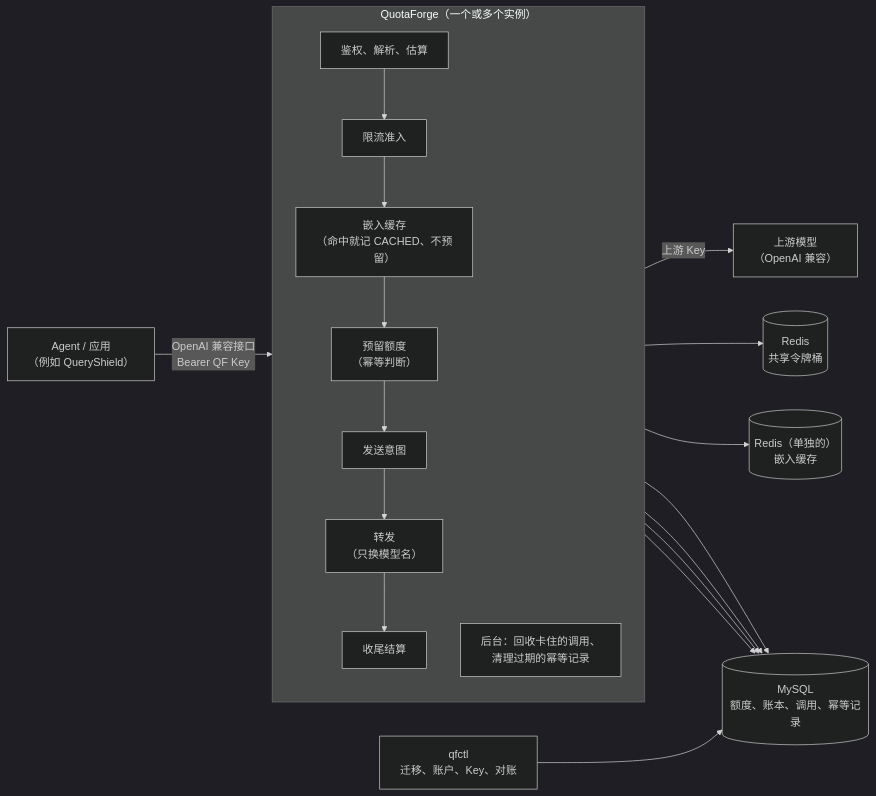
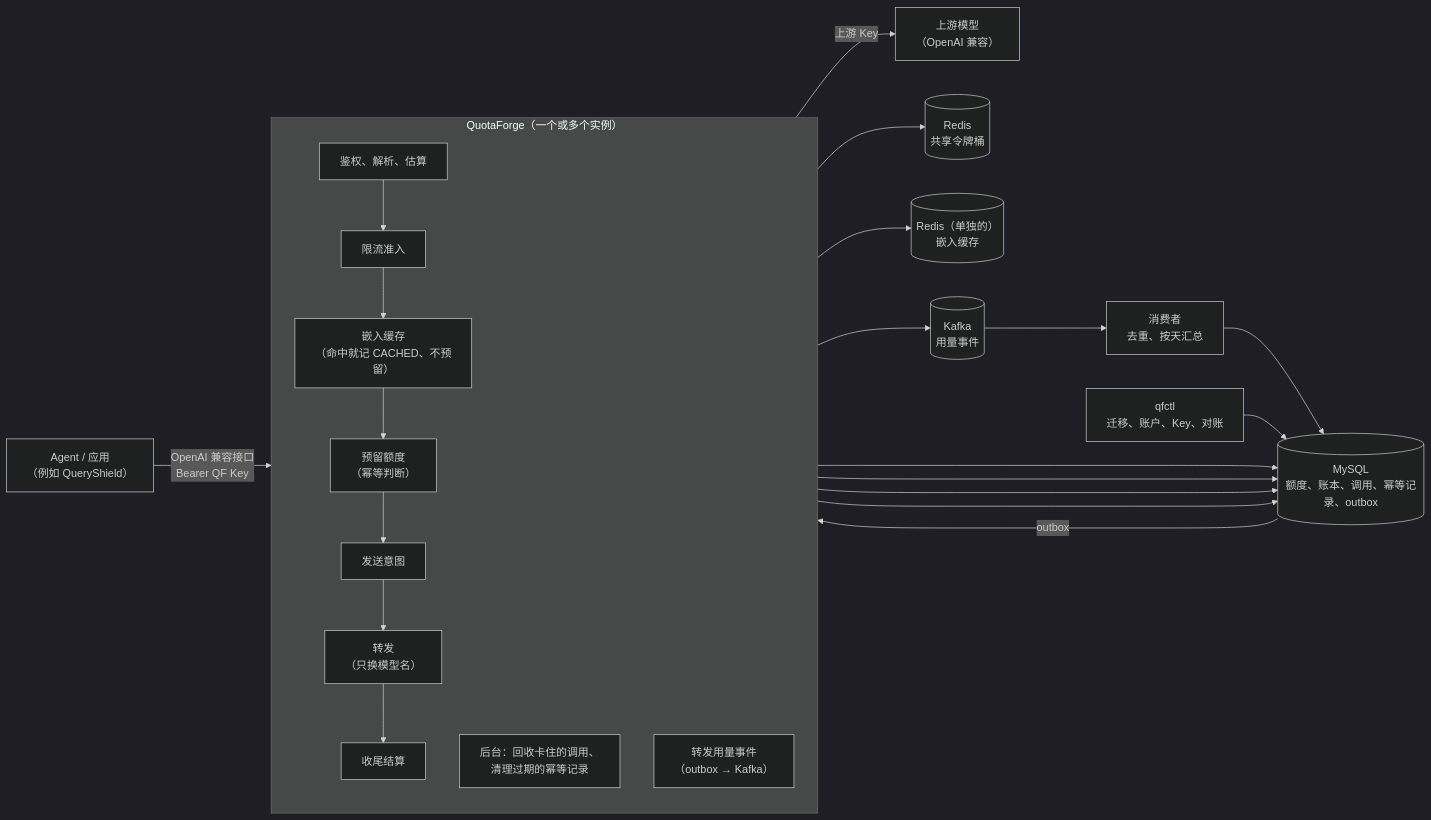
Before and after one commit to Jonsonwu0823-coding/quotaforge: the diagram in README.md, drawn with Mermaid (dark theme). The commit also changed other lines of this file and 270 other files, not shown here.

````diff
--- a/README.md
+++ b/README.md
@@ -13,18 +14,20 @@
 ```mermaid
 flowchart LR
     client["Agent / 应用<br/>（例如 QueryShield）"]
     subgraph qf["QuotaForge（一个或多个实例）"]
         direction TB
         check["鉴权、解析、估算"] --> admit["限流准入"] --> cache["嵌入缓存<br/>（命中就记 CACHED、不预留）"] --> reserve["预留额度<br/>（幂等判断）"] --> intent["发送意图"] --> forward["转发<br/>（只换模型名）"] --> settle["收尾结算"]
         bg["后台：回收卡住的调用、<br/>清理过期的幂等记录"]
+        fwd["转发用量事件<br/>（outbox → Kafka）"]
     end
     client -- "OpenAI 兼容接口<br/>Bearer QF Key" --> check
     forward -- "上游 Key" --> upstream["上游模型<br/>（OpenAI 兼容）"]
     admit --> redis[("Redis<br/>共享令牌桶")]
     cache --> rcache[("Redis（单独的）<br/>嵌入缓存")]
-    reserve --> mysql[("MySQL<br/>额度、账本、调用、幂等记录")]
+    reserve --> mysql[("MySQL<br/>额度、账本、调用、幂等记录、outbox")]
     intent --> mysql
     settle --> mysql
     bg --> mysql
+    mysql -- "outbox" --> fwd --> kafka[("Kafka<br/>用量事件")] --> consumer["消费者<br/>去重、按天汇总"] --> mysql
     qfctl["qfctl<br/>迁移、账户、Key、对账"] --> mysql
 ```
````
